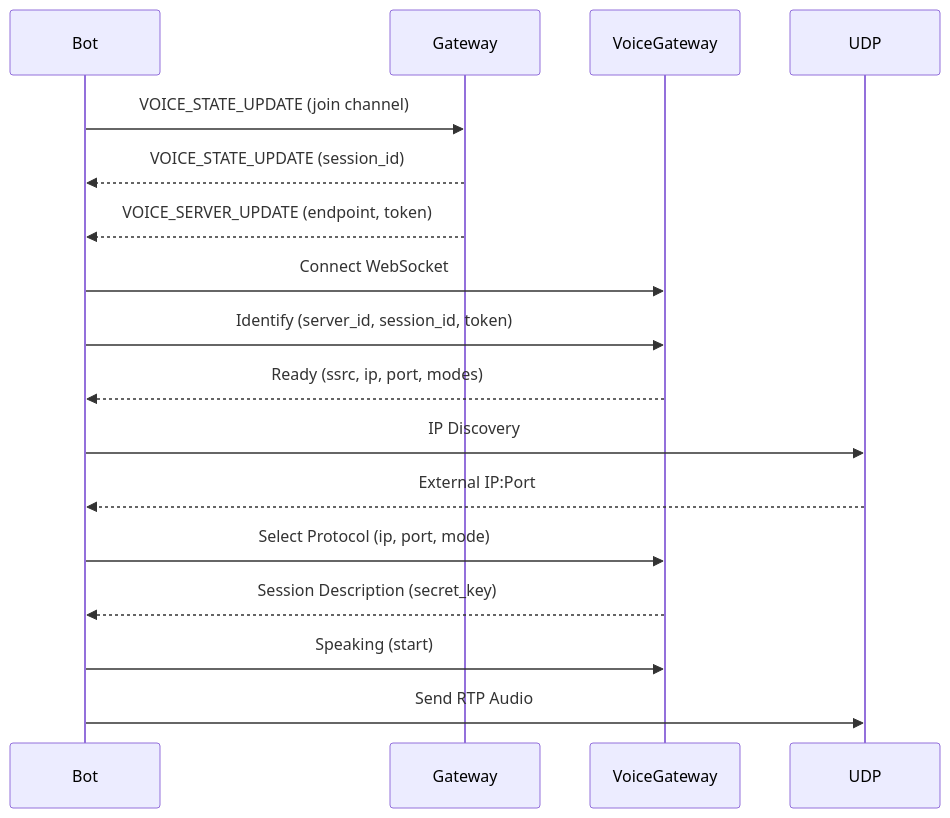
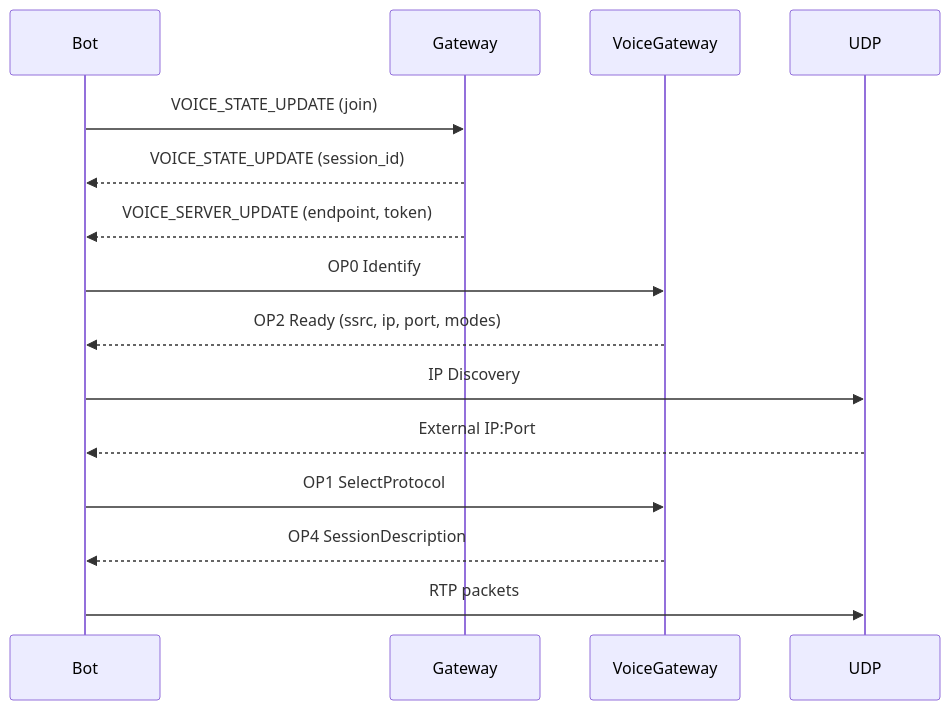
Before and after one commit to Aiko-IT-Systems/DisCatSharp: the diagram in DisCatSharp.Docs/articles/modules/audio/voice/architecture.md, drawn with Mermaid. The commit also changed other lines of this file and 9 other files, not shown here.

````diff
--- a/DisCatSharp.Docs/articles/modules/audio/voice/architecture.md
+++ b/DisCatSharp.Docs/articles/modules/audio/voice/architecture.md
@@ -20,20 +13,18 @@
 ```mermaid
 sequenceDiagram
     participant Bot
     participant Gateway
     participant VoiceGateway
     participant UDP
 
-    Bot->>Gateway: VOICE_STATE_UPDATE (join channel)
+    Bot->>Gateway: VOICE_STATE_UPDATE (join)
     Gateway-->>Bot: VOICE_STATE_UPDATE (session_id)
     Gateway-->>Bot: VOICE_SERVER_UPDATE (endpoint, token)
-    Bot->>VoiceGateway: Connect WebSocket
-    Bot->>VoiceGateway: Identify (server_id, session_id, token)
-    VoiceGateway-->>Bot: Ready (ssrc, ip, port, modes)
+    Bot->>VoiceGateway: OP0 Identify
+    VoiceGateway-->>Bot: OP2 Ready (ssrc, ip, port, modes)
     Bot->>UDP: IP Discovery
     UDP-->>Bot: External IP:Port
-    Bot->>VoiceGateway: Select Protocol (ip, port, mode)
-    VoiceGateway-->>Bot: Session Description (secret_key)
-    Bot->>VoiceGateway: Speaking (start)
-    Bot->>UDP: Send RTP Audio
+    Bot->>VoiceGateway: OP1 SelectProtocol
+    VoiceGateway-->>Bot: OP4 SessionDescription
+    Bot->>UDP: RTP packets
 ```
````
